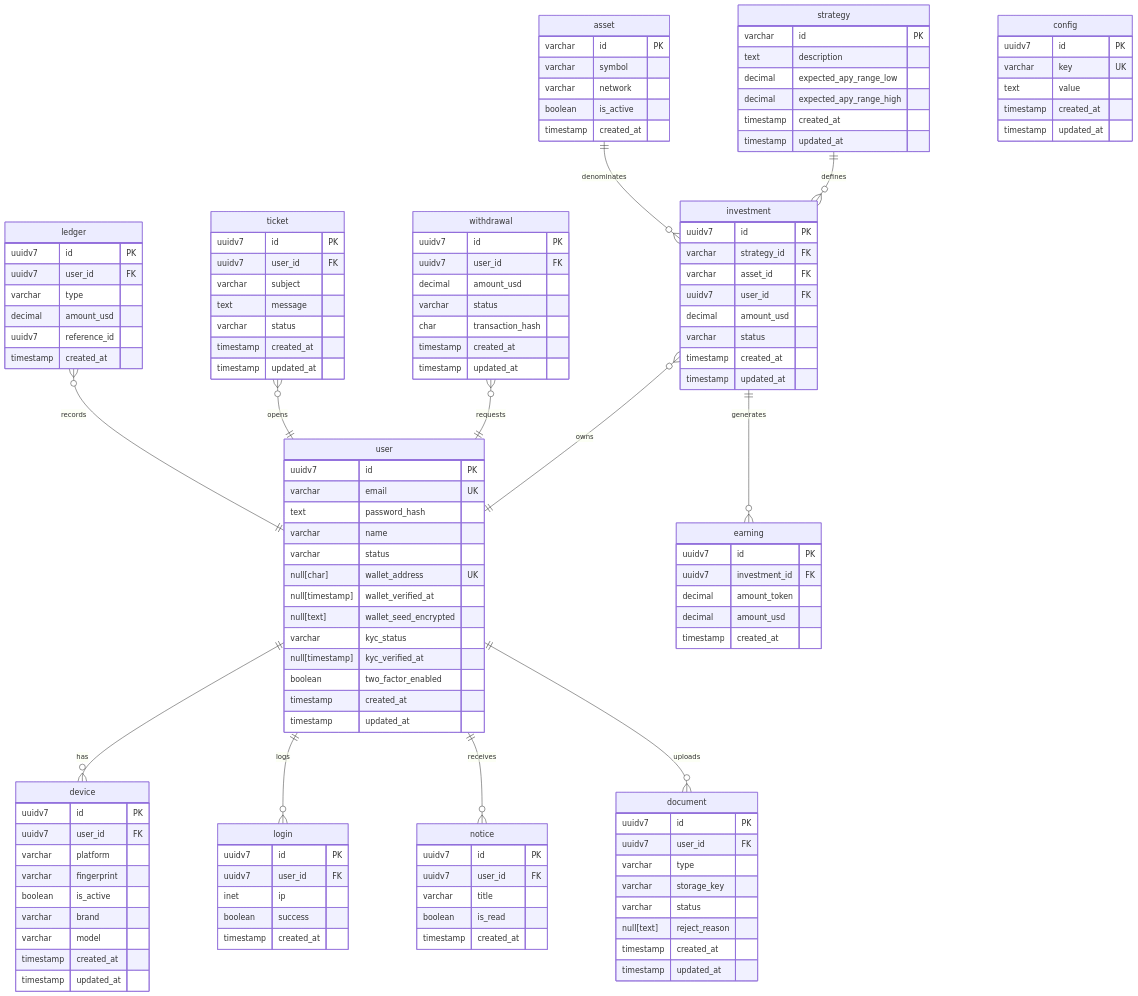
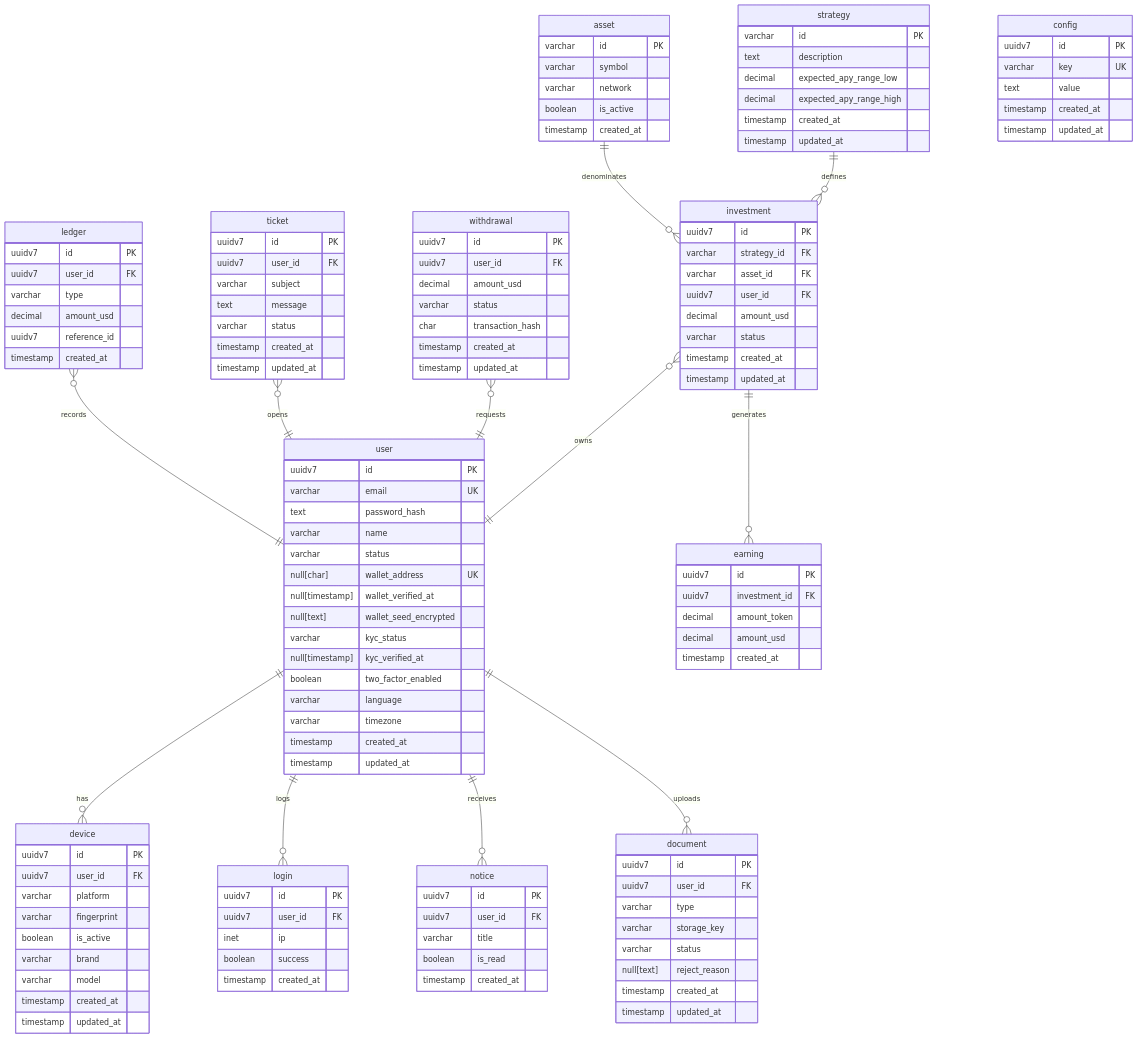
One commit to leandroluk/investor changed the diagram in er.mermaid. Above: the diagram before and after it, drawn with Mermaid. The commit also changed 20 other files, not shown here.

```diff
--- a/er.mermaid
+++ b/er.mermaid
@@ -1,145 +1,147 @@
  erDiagram
     %% MODULE: account
     device {
         uuidv7    id          PK
         uuidv7    user_id     FK
         varchar   platform    ""
         varchar   fingerprint ""
         boolean   is_active   ""
         varchar   brand       ""
         varchar   model       ""
         timestamp created_at  ""
         timestamp updated_at  ""
     }
     login {
         uuidv7    id         PK
         uuidv7    user_id    FK
         inet      ip         ""
         boolean   success    ""
         timestamp created_at ""
     }
     user {
         uuidv7          id                    PK
         varchar         email                 UK
         text            password_hash         ""
         varchar         name                  ""
         varchar         status                ""
         null[char]      wallet_address        UK
         null[timestamp] wallet_verified_at    ""
         null[text]      wallet_seed_encrypted ""
         varchar         kyc_status            ""
         null[timestamp] kyc_verified_at       ""
         boolean         two_factor_enabled    ""
+        varchar         language              ""
+        varchar         timezone              ""  
         timestamp       created_at            ""
         timestamp       updated_at            ""
     }
 
     %% MODULE: account (documents)
     document {
         uuidv7     id            PK
         uuidv7     user_id       FK
         varchar    type          ""
         varchar    storage_key   ""
         varchar    status        ""
         null[text] reject_reason ""
         timestamp  created_at    ""
         timestamp  updated_at    ""
     }
 
     %% MODULE: audit
     ledger {
         uuidv7    id           PK
         uuidv7    user_id      FK
         varchar   type         "" 
         decimal   amount_usd   ""
         uuidv7    reference_id ""
         timestamp created_at   ""
     }
 
     %% MODULE: catalog
     asset {
         varchar   id         PK
         varchar   symbol     ""
         varchar   network    ""
         boolean   is_active  ""
         timestamp created_at ""
     }
     strategy {
         varchar   id                      PK
         text      description             ""
         decimal   expected_apy_range_low  ""
         decimal   expected_apy_range_high ""
         timestamp created_at              ""
         timestamp updated_at              ""
     }
 
     %% MODULE: portfolio
     earning {
         uuidv7    id            PK
         uuidv7    investment_id FK
         decimal   amount_token  ""
         decimal   amount_usd    ""
         timestamp created_at    ""
     }
     investment {
         uuidv7    id          PK
         varchar   strategy_id FK
         varchar   asset_id    FK
         uuidv7    user_id     FK
         decimal   amount_usd  ""
         varchar   status      ""
         timestamp created_at  ""
         timestamp updated_at  ""
     }
 
     %% MODULE: signal
     notice {
         uuidv7    id         PK
         uuidv7    user_id    FK
         varchar   title      ""
         boolean   is_read    ""
         timestamp created_at ""
     }
 
     %% MODULE: support
     ticket {
         uuidv7    id         PK
         uuidv7    user_id    FK
         varchar   subject    ""
         text      message    ""
         varchar   status     ""
         timestamp created_at ""
         timestamp updated_at ""
     }
 
     %% MODULE: system
     config {
         uuidv7    id           PK
         varchar   key          UK
         text      value        ""
         timestamp created_at   ""
         timestamp updated_at   ""
     }
 
     %% MODULE: treasury
     withdrawal {
         uuidv7    id               PK
         uuidv7    user_id          FK
         decimal   amount_usd       ""
         varchar   status           ""
         char      transaction_hash ""
         timestamp created_at       ""
         timestamp updated_at       ""
     }
 
     user       ||--o{ device     : "has"
     user       ||--o{ login      : "logs"
     user       ||--o{ notice     : "receives"
     user       ||--o{ document   : "uploads"
     investment }o--|| user       : "owns"
     withdrawal }o--|| user       : "requests"
     ticket     }o--|| user       : "opens"
     ledger     }o--|| user       : "records"
     strategy   ||--o{ investment : "defines"
     asset      ||--o{ investment : "denominates"
     investment ||--o{ earning    : "generates"
```
